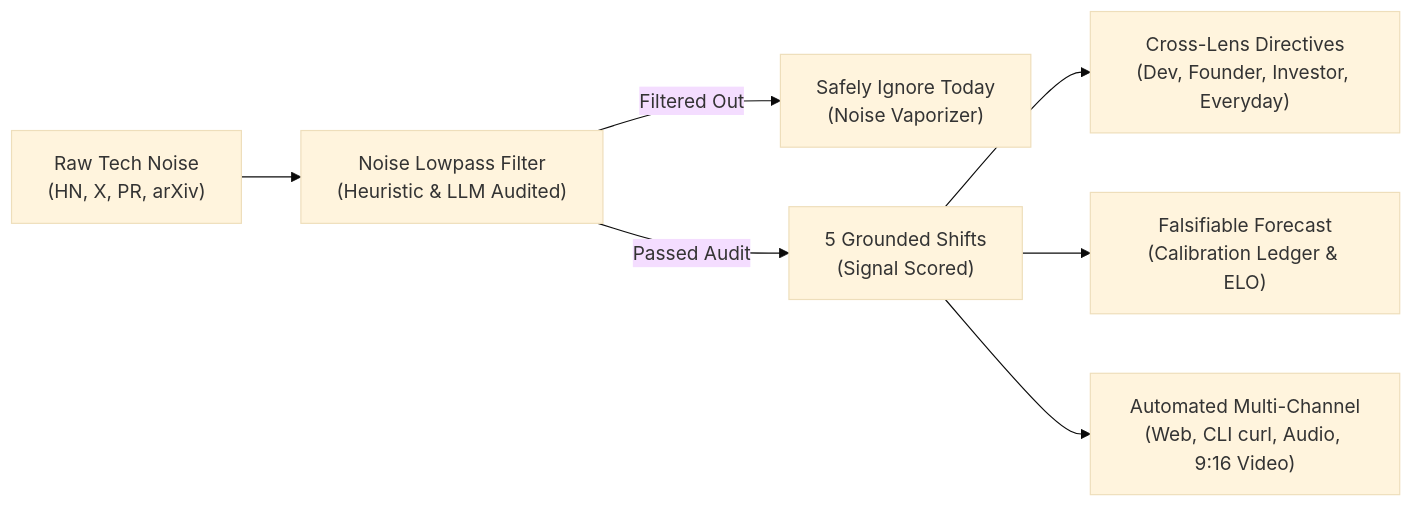
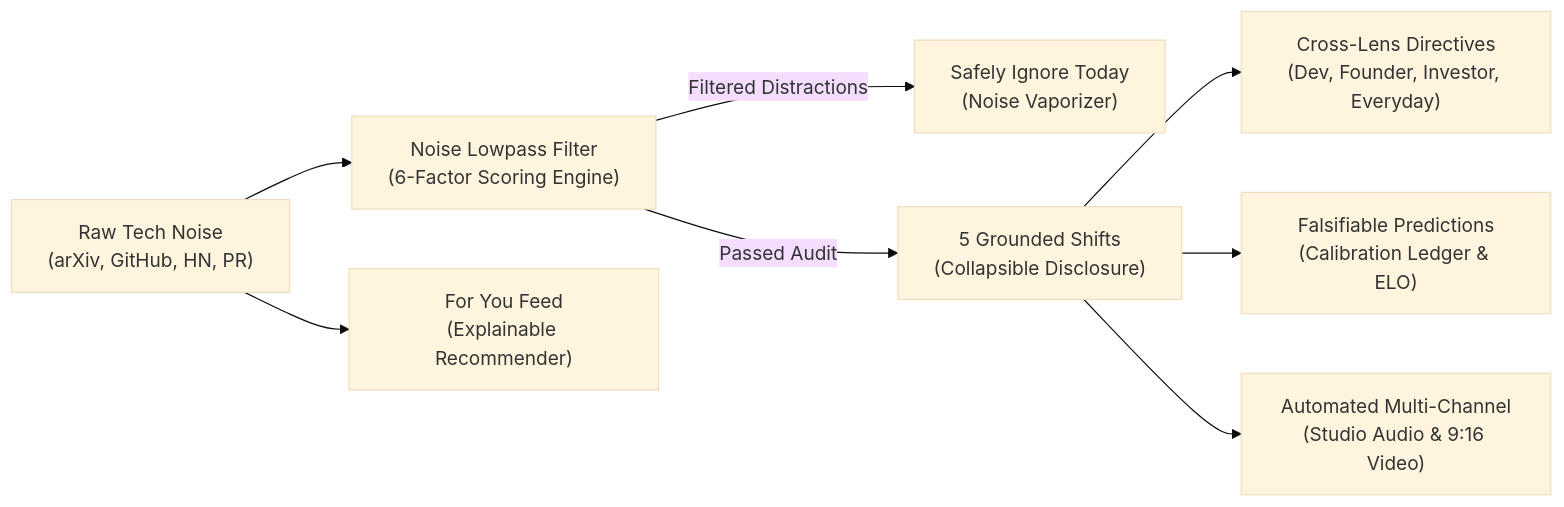
Before and after one commit to Dev-Pranav-Sankhyan/Pith: the diagram in PROJECT_CONTEXT.md, drawn with Mermaid (base theme). The commit also changed other lines of this file, not shown here.

````diff
--- a/PROJECT_CONTEXT.md
+++ b/PROJECT_CONTEXT.md
@@ -16,9 +17,10 @@
 ```mermaid
 flowchart LR
-    A["Raw Tech Noise<br>(HN, X, PR, arXiv)"] --> B["Noise Lowpass Filter<br>(Heuristic & LLM Audited)"]
-    B -->|Filtered Out| C["Safely Ignore Today<br>(Noise Vaporizer)"]
-    B -->|Passed Audit| D["5 Grounded Shifts<br>(Signal Scored)"]
+    A["Raw Tech Noise<br>(arXiv, GitHub, HN, PR)"] --> B["Noise Lowpass Filter<br>(6-Factor Scoring Engine)"]
+    B -->|Filtered Distractions| C["Safely Ignore Today<br>(Noise Vaporizer)"]
+    B -->|Passed Audit| D["5 Grounded Shifts<br>(Collapsible Disclosure)"]
     D --> E["Cross-Lens Directives<br>(Dev, Founder, Investor, Everyday)"]
-    D --> F["Falsifiable Forecast<br>(Calibration Ledger & ELO)"]
-    D --> G["Automated Multi-Channel<br>(Web, CLI curl, Audio, 9:16 Video)"]
+    D --> F["Falsifiable Predictions<br>(Calibration Ledger & ELO)"]
+    D --> G["Automated Multi-Channel<br>(Studio Audio & 9:16 Video)"]
+    A --> H["For You Feed<br>(Explainable Recommender)"]
 ```
````
